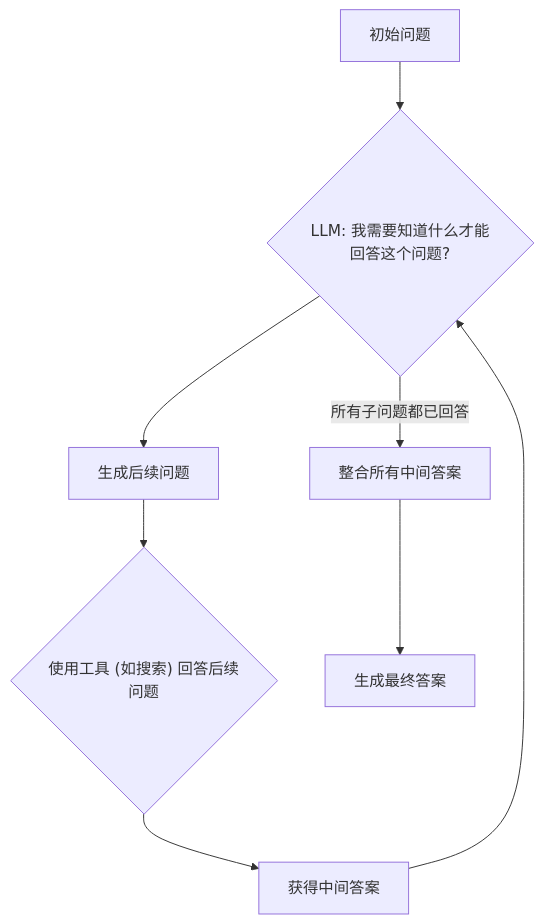
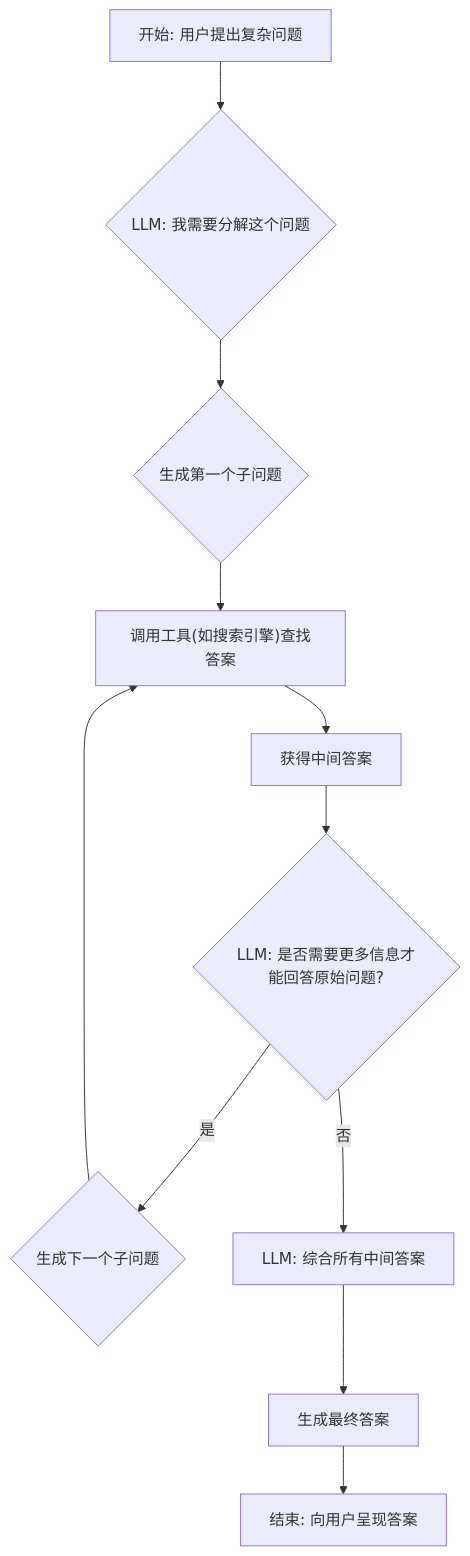
The seventh of 16 diagrams in source/_posts/agent思维模式介绍.md (penggehero/hexo-blog), drawn with Mermaid before and after one commit. The commit also changed other lines of this file, not shown here.

````diff
--- a/source/_posts/agent思维模式介绍.md
+++ b/source/_posts/agent思维模式介绍.md
@@ -744,10 +758,13 @@
 ```mermaid
 graph TD
-    A[初始问题] --> B{LLM: 我需要知道什么才能回答这个问题?};
-    B --> C["生成后续问题"];
-    C --> D{"使用工具 (如搜索) 回答后续问题"};
-    D --> E["获得中间答案"];
-    E --> B;
-    B -- 所有子问题都已回答 --> F["整合所有中间答案"];
-    F --> G[生成最终答案];
+    A[开始: 用户提出复杂问题] --> B{LLM: 我需要分解这个问题};
+    B --> C{生成第一个子问题};
+    C --> D["调用工具(如搜索引擎)查找答案"];
+    D --> E[获得中间答案];
+    E --> F{LLM: 是否需要更多信息才能回答原始问题?};
+    F -- 是 --> G{生成下一个子问题};
+    G --> D;
+    F -- 否 --> H[LLM: 综合所有中间答案];
+    H --> I[生成最终答案];
+    I --> J[结束: 向用户呈现答案];
 ```
````
